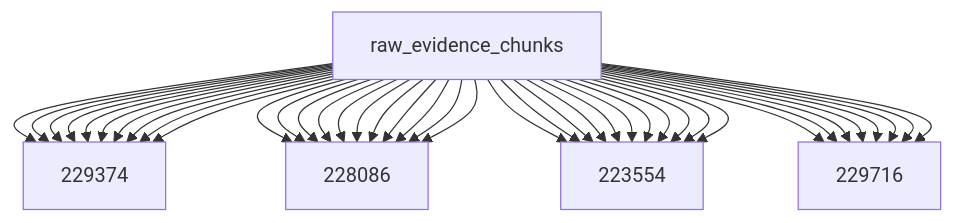
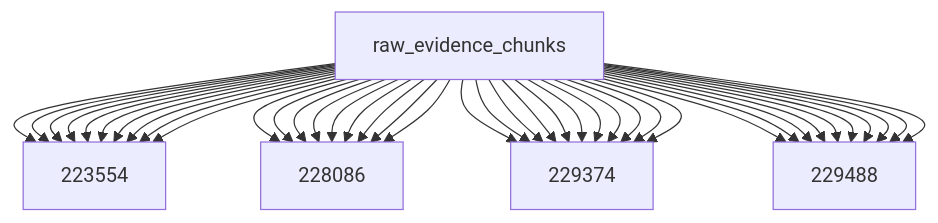
One commit to caiyawulf21/optisweepAI-phase0 changed the diagram in data/evidence/graph.md. Above: the diagram before and after it, drawn with Mermaid. The commit also changed 896 other files, not shown here.

````diff
--- a/data/evidence/graph.md
+++ b/data/evidence/graph.md
@@ -3,44 +3,44 @@
 ```mermaid
 flowchart TD
   dataset[raw_evidence_chunks]
+  dataset --> 223554[223554]
+  dataset --> 223554[223554]
+  dataset --> 223554[223554]
+  dataset --> 223554[223554]
+  dataset --> 223554[223554]
+  dataset --> 223554[223554]
+  dataset --> 223554[223554]
+  dataset --> 223554[223554]
+  dataset --> 223554[223554]
+  dataset --> 223554[223554]
+  dataset --> 228086[228086]
+  dataset --> 228086[228086]
+  dataset --> 228086[228086]
+  dataset --> 228086[228086]
+  dataset --> 228086[228086]
+  dataset --> 228086[228086]
+  dataset --> 228086[228086]
+  dataset --> 228086[228086]
+  dataset --> 228086[228086]
   dataset --> 229374[229374]
   dataset --> 229374[229374]
   dataset --> 229374[229374]
   dataset --> 229374[229374]
   dataset --> 229374[229374]
   dataset --> 229374[229374]
   dataset --> 229374[229374]
   dataset --> 229374[229374]
   dataset --> 229374[229374]
   dataset --> 229374[229374]
-  dataset --> 228086[228086]
-  dataset --> 228086[228086]
-  dataset --> 228086[228086]
-  dataset --> 228086[228086]
-  dataset --> 228086[228086]
-  dataset --> 228086[228086]
-  dataset --> 228086[228086]
-  dataset --> 228086[228086]
-  dataset --> 228086[228086]
-  dataset --> 228086[228086]
-  dataset --> 228086[228086]
-  dataset --> 223554[223554]
-  dataset --> 223554[223554]
-  dataset --> 223554[223554]
-  dataset --> 223554[223554]
-  dataset --> 223554[223554]
-  dataset --> 223554[223554]
-  dataset --> 223554[223554]
-  dataset --> 223554[223554]
-  dataset --> 223554[223554]
-  dataset --> 223554[223554]
-  dataset --> 223554[223554]
-  dataset --> 229716[229716]
-  dataset --> 229716[229716]
-  dataset --> 229716[229716]
-  dataset --> 229716[229716]
-  dataset --> 229716[229716]
-  dataset --> 229716[229716]
-  dataset --> 229716[229716]
-  dataset --> 229716[229716]
+  dataset --> 229374[229374]
+  dataset --> 229488[229488]
+  dataset --> 229488[229488]
+  dataset --> 229488[229488]
+  dataset --> 229488[229488]
+  dataset --> 229488[229488]
+  dataset --> 229488[229488]
+  dataset --> 229488[229488]
+  dataset --> 229488[229488]
+  dataset --> 229488[229488]
+  dataset --> 229488[229488]
 ```
````
